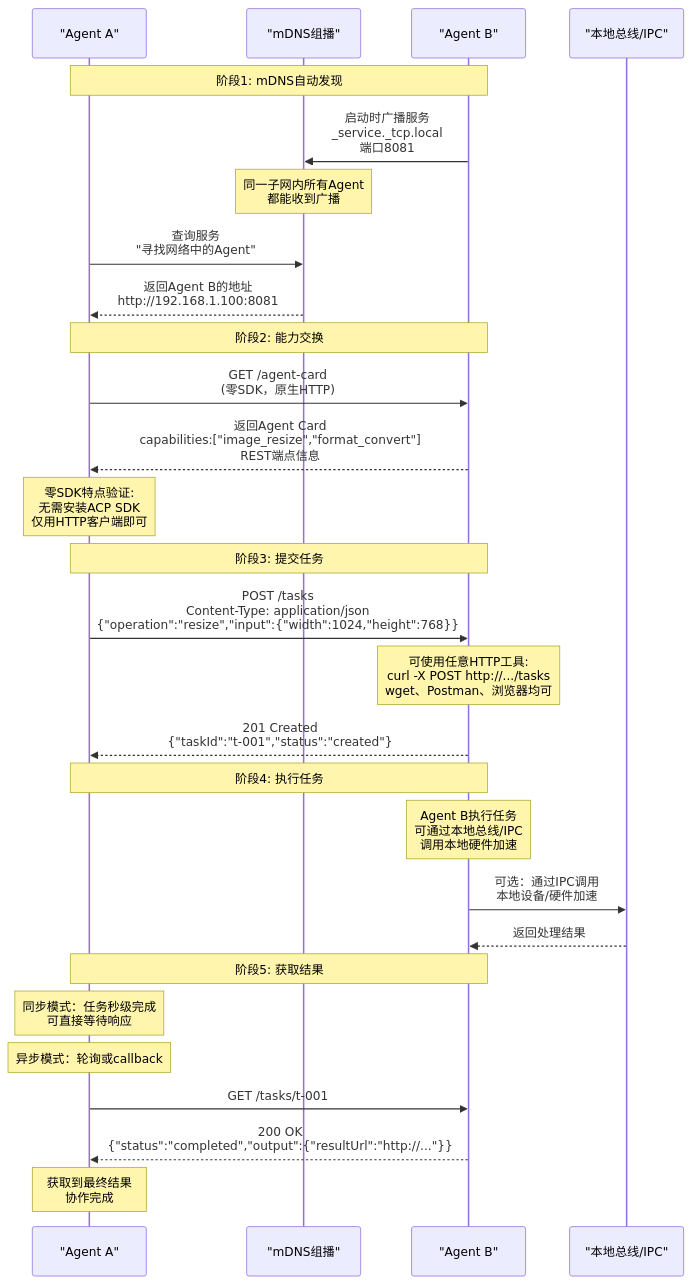
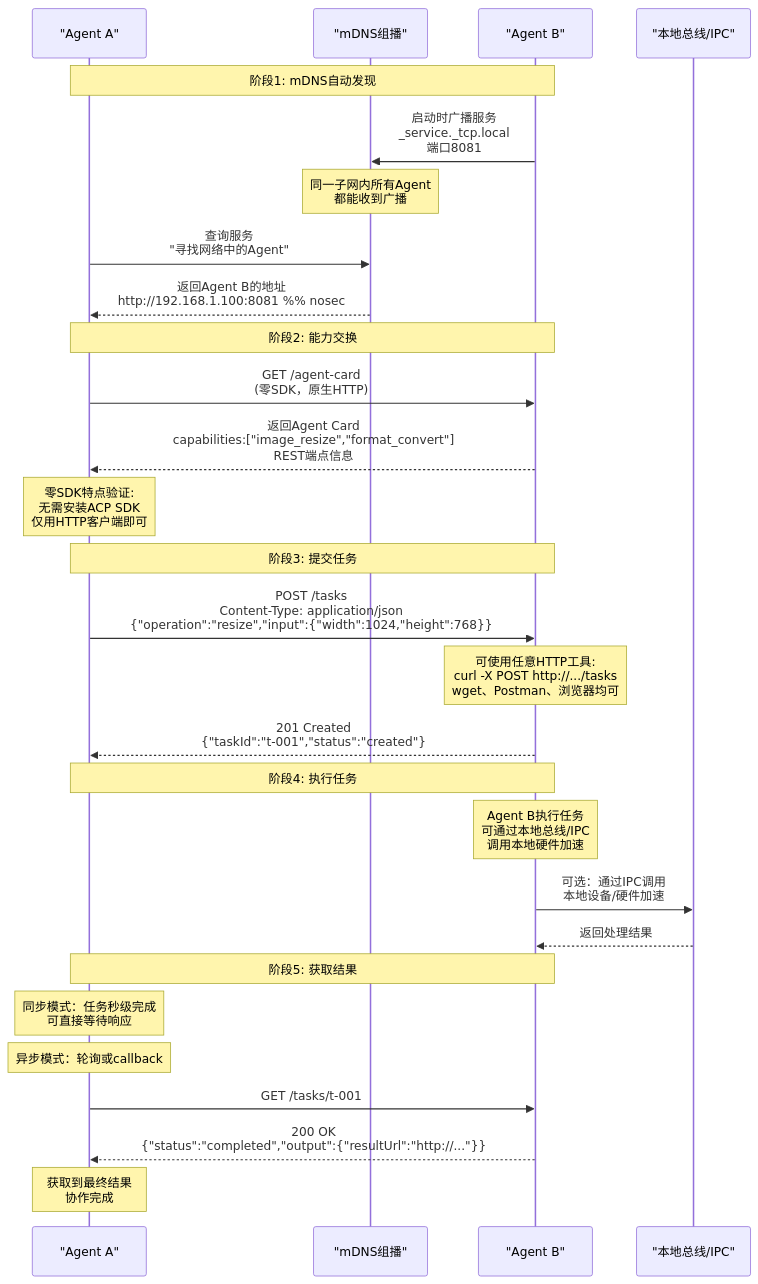
The third of 8 diagrams in docs/knowledge/learning/01-agent-protocols-interfaces/agent-communication-protocols/06-flows.md (xinetzone/SpecWeave), drawn with Mermaid before and after one commit. The commit also changed 15 other files, not shown here.

````diff
--- a/docs/knowledge/learning/01-agent-protocols-interfaces/agent-communication-protocols/06-flows.md
+++ b/docs/knowledge/learning/01-agent-protocols-interfaces/agent-communication-protocols/06-flows.md
@@ -140,30 +140,30 @@
 ```mermaid
 sequenceDiagram
     participant AgentA as "Agent A"
     participant mDNS as "mDNS组播"
     participant AgentB as "Agent B"
     participant LocalBus as "本地总线/IPC"
     note over AgentA,AgentB: 阶段1: mDNS自动发现
     AgentB->>mDNS: 启动时广播服务<br/>_service._tcp.local<br/>端口8081
     note over mDNS: 同一子网内所有Agent<br/>都能收到广播
     AgentA->>mDNS: 查询服务<br/>"寻找网络中的Agent"
-    mDNS-->>AgentA: 返回Agent B的地址<br/>http://192.168.1.100:8081
+    mDNS-->>AgentA: 返回Agent B的地址<br/>http://192.168.1.100:8081 %% nosec
     note over AgentA,AgentB: 阶段2: 能力交换
     AgentA->>AgentB: GET /agent-card<br/>(零SDK，原生HTTP)
     AgentB-->>AgentA: 返回Agent Card<br/>capabilities:["image_resize","format_convert"]<br/>REST端点信息
     note over AgentA: 零SDK特点验证:<br/>无需安装ACP SDK<br/>仅用HTTP客户端即可
     note over AgentA,AgentB: 阶段3: 提交任务
     AgentA->>AgentB: POST /tasks<br/>Content-Type: application/json<br/>{"operation":"resize","input":{"width":1024,"height":768}}
     note over AgentB: 可使用任意HTTP工具:<br/>curl -X POST http://.../tasks<br/>wget、Postman、浏览器均可
     AgentB-->>AgentA: 201 Created<br/>{"taskId":"t-001","status":"created"}
     note over AgentA,AgentB: 阶段4: 执行任务
     note over AgentB: Agent B执行任务<br/>可通过本地总线/IPC<br/>调用本地硬件加速
     AgentB->>LocalBus: 可选：通过IPC调用<br/>本地设备/硬件加速
     LocalBus-->>AgentB: 返回处理结果
     note over AgentA,AgentB: 阶段5: 获取结果
     note over AgentA: 同步模式：任务秒级完成<br/>可直接等待响应
     note over AgentA: 异步模式：轮询或callback
     AgentA->>AgentB: GET /tasks/t-001
     AgentB-->>AgentA: 200 OK<br/>{"status":"completed","output":{"resultUrl":"http://..."}}
     note over AgentA: 获取到最终结果<br/>协作完成
 ```
````
